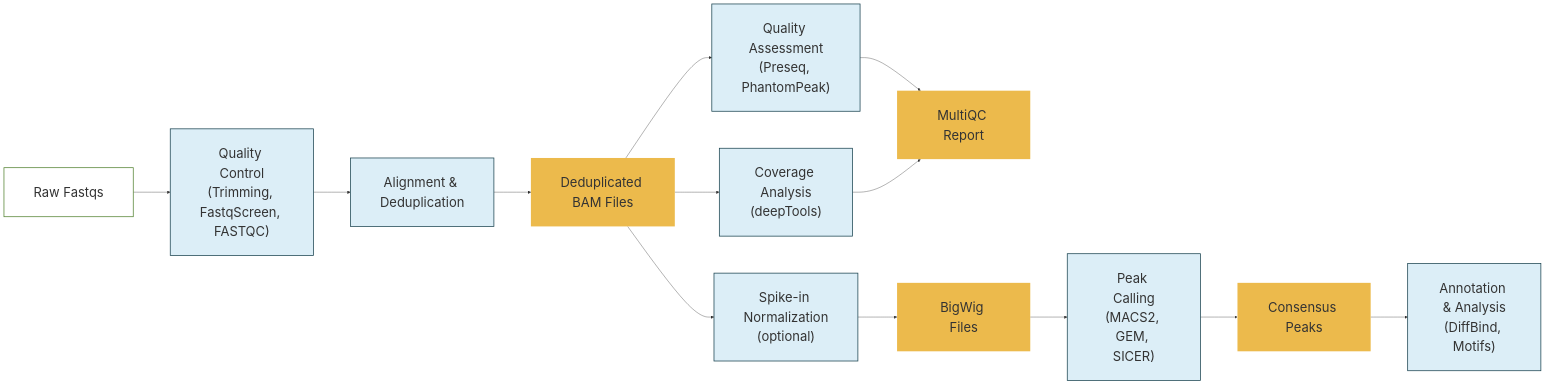
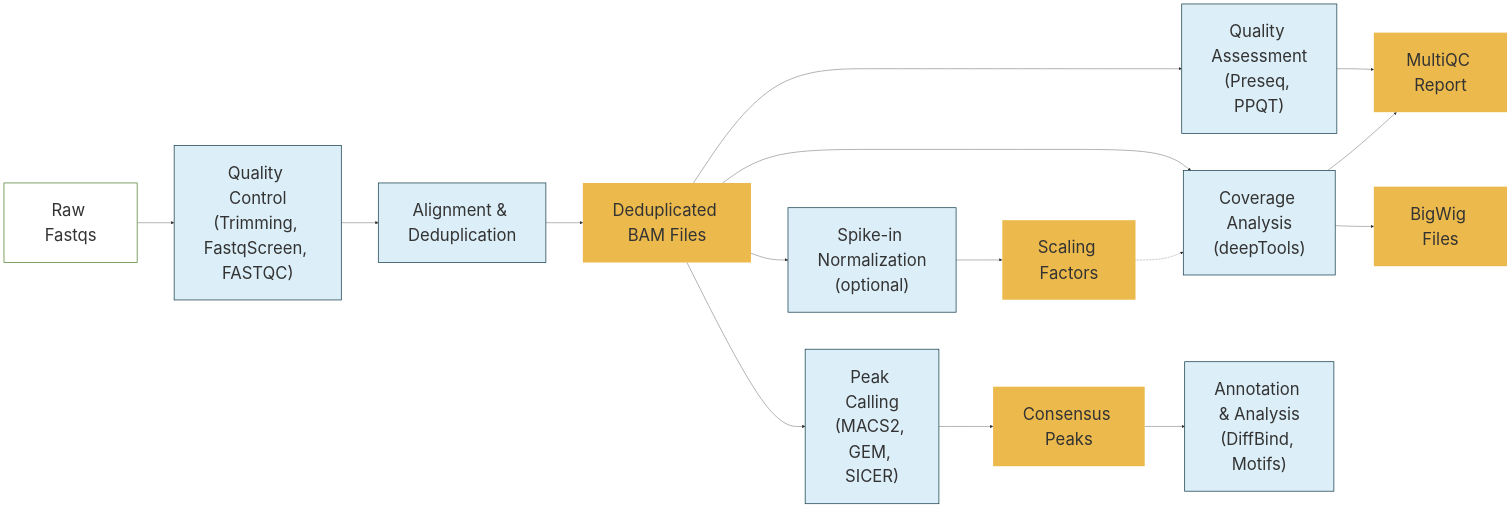
Before and after one commit to CCBR/CHAMPAGNE: the diagram in dev/diagram/overview.mermaid, drawn with Mermaid. The commit also changed 22 other files, not shown here.

```diff
--- a/dev/diagram/overview.mermaid
+++ b/dev/diagram/overview.mermaid
@@ -1,34 +1,36 @@
 flowchart LR
 
 %%{init: {
-  "themeVariables": {
-     "background": "transparent",
-     "fontSize": "35px" },
+    "themeVariables": {
+      "background": "transparent",
+      "fontSize": "45px" },
   "flowchart": {
     "nodeSpacing": 100,
     "rankSpacing": 100,
     "padding": 40,
     "htmlLabels": true
 }}}%%
 
   %% High-level stages
   Raw["Raw Fastqs"]:::input
   Raw --> QC["Quality Control<br/>(Trimming, FastqScreen, FASTQC)"]:::process
   QC --> Align["Alignment & Deduplication"]:::process
   Align --> BAMs["Deduplicated BAM Files"]:::output
 
-  BAMs --> Assessment["Quality Assessment<br/>(Preseq, PhantomPeak)"]:::process
+  BAMs --> Assessment["Quality Assessment<br/>(Preseq, PPQT)"]:::process
   BAMs --> Deeptools["Coverage Analysis<br/>(deepTools)"]:::process
   BAMs --> Norm["Spike-in Normalization<br/>(optional)"]:::process
+  Norm --> Scale["Scaling Factors"]:::output
+  Scale -.-> Deeptools
 
   Assessment --> Reports["MultiQC Report"]:::output
   Deeptools --> Reports
-  Norm --> Bigwigs["BigWig Files"]:::output
-  Bigwigs --> Peaks["Peak Calling<br/>(MACS2, GEM, SICER)"]:::process
+  Deeptools --> Bigwigs["BigWig Files"]:::output
+  BAMs --> Peaks["Peak Calling<br/>(MACS2, GEM, SICER)"]:::process
   Peaks --> Consensus["Consensus Peaks"]:::output
   Consensus --> Downstream["Annotation & Analysis<br/>(DiffBind, Motifs)"]:::process
 
   %% Styles - FNL branding theme
   classDef input fill:#ffffff,stroke:#528230,stroke-width:2px;
   classDef process fill:#dceef7,stroke:#19424e,stroke-width:2px;
   classDef output fill:#ecba4c,stroke:none;
```
